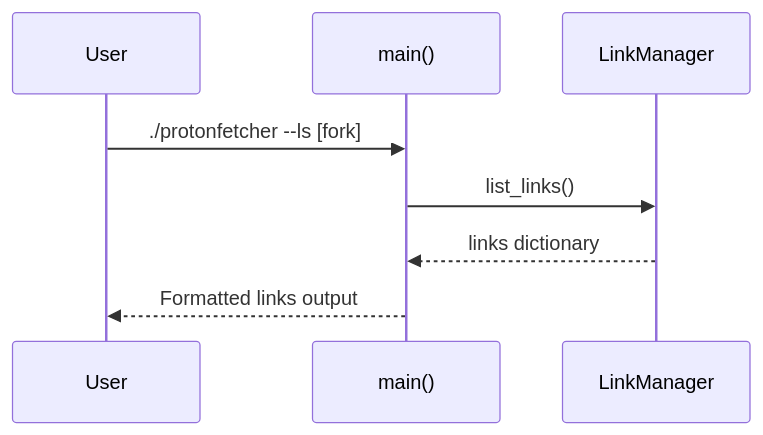
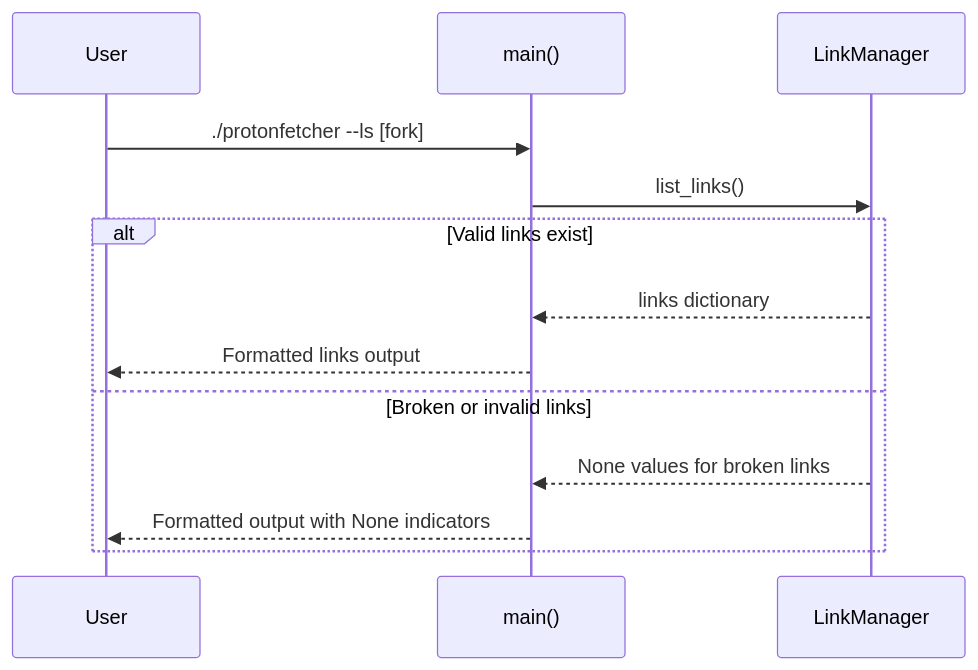
Before and after one commit to WombatFromHell/protonge-fetcher: the fourth of 8 diagrams in DESIGN.md, drawn with Mermaid. The commit also changed other lines of this file and 41 other files, not shown here.

````diff
--- a/DESIGN.md
+++ b/DESIGN.md
@@ -133,11 +284,16 @@
 ```mermaid
 sequenceDiagram
     participant U as User
     participant M as main()
     participant LM as LinkManager
 
     U->>M: ./protonfetcher --ls [fork]
     M->>LM: list_links()
-    LM-->>M: links dictionary
-    M-->>U: Formatted links output
+    alt Valid links exist
+        LM-->>M: links dictionary
+        M-->>U: Formatted links output
+    else Broken or invalid links
+        LM-->>M: None values for broken links
+        M-->>U: Formatted output with None indicators
+    end
 ```
````
